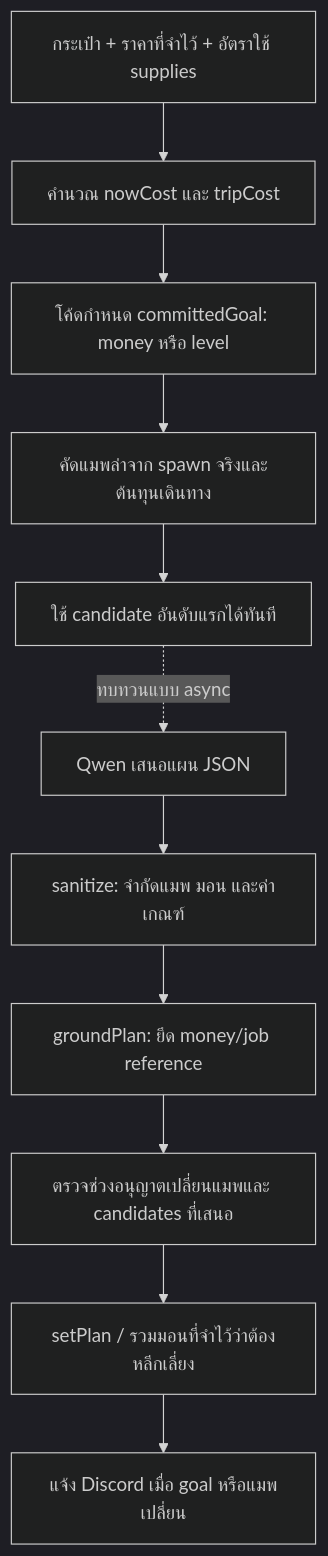
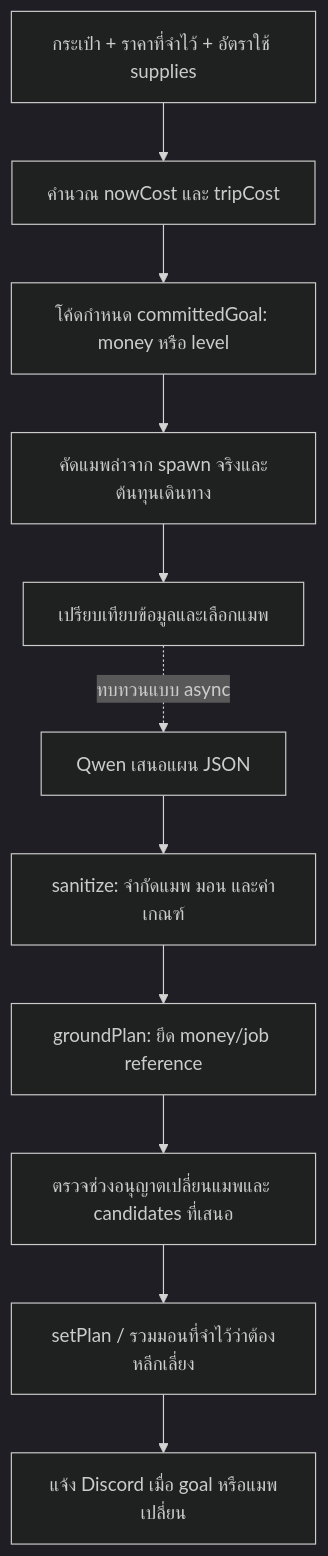
One commit to dvgamerr/morroc101-laya changed the fourth of 8 diagrams in docs/FLOW.md. Above: the diagram before and after it, drawn with Mermaid (dark theme). The commit also changed other lines of this file and 25 other files, not shown here.

````diff
--- a/docs/FLOW.md
+++ b/docs/FLOW.md
@@ -147,13 +147,13 @@
 ```mermaid
 flowchart TD
     Stock["กระเป๋า + ราคาที่จำไว้ + อัตราใช้ supplies"] --> Target["คำนวณ nowCost และ tripCost"]
     Target --> Goal["โค้ดกำหนด committedGoal: money หรือ level"]
     Goal --> Candidates["คัดแมพล่าจาก spawn จริงและต้นทุนเดินทาง"]
-    Candidates --> Immediate["ใช้ candidate อันดับแรกได้ทันที"]
+    Candidates --> Immediate["เปรียบเทียบข้อมูลและเลือกแมพ"]
     Immediate -. "ทบทวนแบบ async" .-> Qwen["Qwen เสนอแผน JSON"]
     Qwen --> Sanitize["sanitize: จำกัดแมพ มอน และค่าเกณฑ์"]
     Sanitize --> Ground["groundPlan: ยึด money/job reference"]
     Ground --> Window["ตรวจช่วงอนุญาตเปลี่ยนแมพและ candidates ที่เสนอ"]
     Window --> Apply["setPlan / รวมมอนที่จำไว้ว่าต้องหลีกเลี่ยง"]
     Apply --> Notify["แจ้ง Discord เมื่อ goal หรือแมพเปลี่ยน"]
 ```
````
